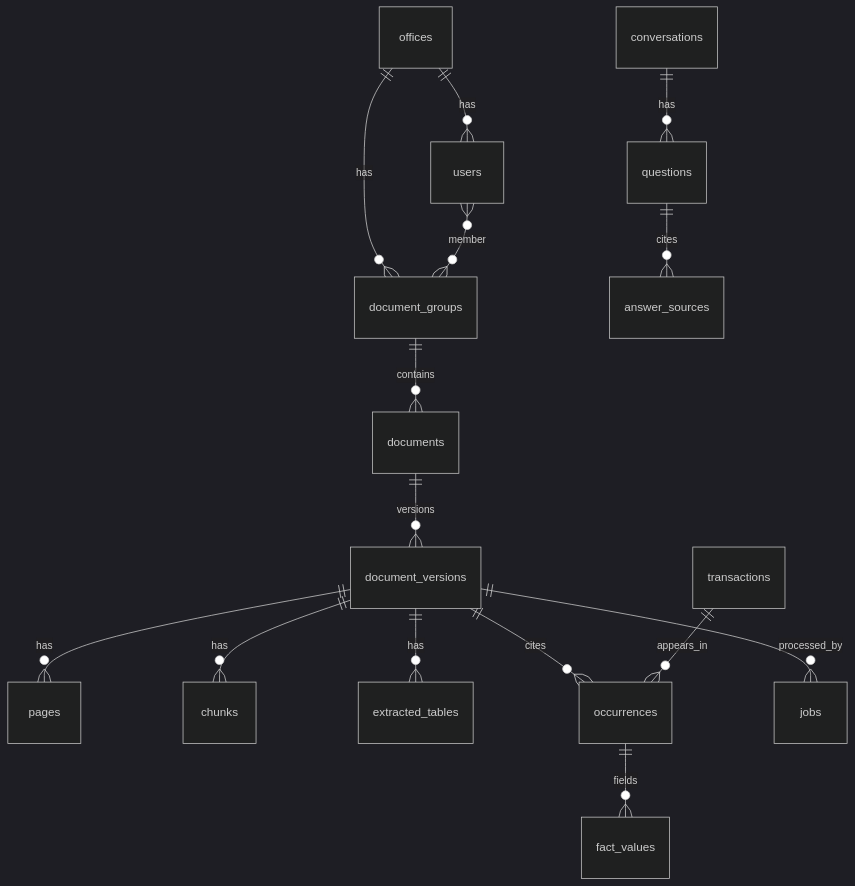
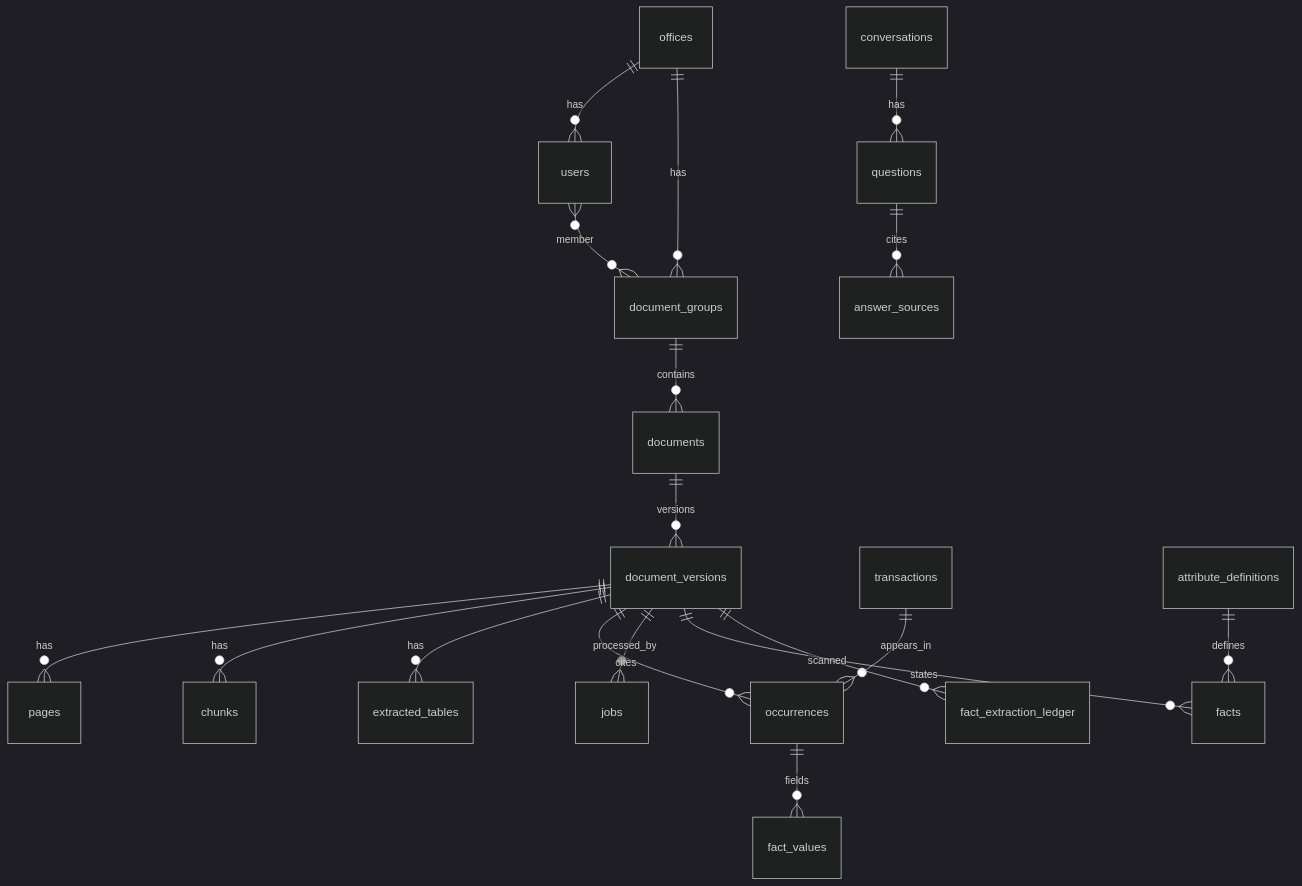
The second of 3 diagrams in docs/architecture.md (AriGabay/rag), drawn with Mermaid (dark theme) before and after one commit. The commit also changed other lines of this file and 12 other files, not shown here.

````diff
--- a/docs/architecture.md
+++ b/docs/architecture.md
@@ -40,17 +41,20 @@
 ```mermaid
 erDiagram
   offices ||--o{ users : has
   offices ||--o{ document_groups : has
   users }o--o{ document_groups : member
   document_groups ||--o{ documents : contains
   documents ||--o{ document_versions : versions
   document_versions ||--o{ pages : has
   document_versions ||--o{ chunks : has
   document_versions ||--o{ extracted_tables : has
   document_versions ||--o{ occurrences : cites
   transactions ||--o{ occurrences : appears_in
   occurrences ||--o{ fact_values : fields
   document_versions ||--o{ jobs : processed_by
   conversations ||--o{ questions : has
   questions ||--o{ answer_sources : cites
+  attribute_definitions ||--o{ facts : defines
+  document_versions ||--o{ facts : states
+  document_versions ||--o{ fact_extraction_ledger : scanned
 ```
````
